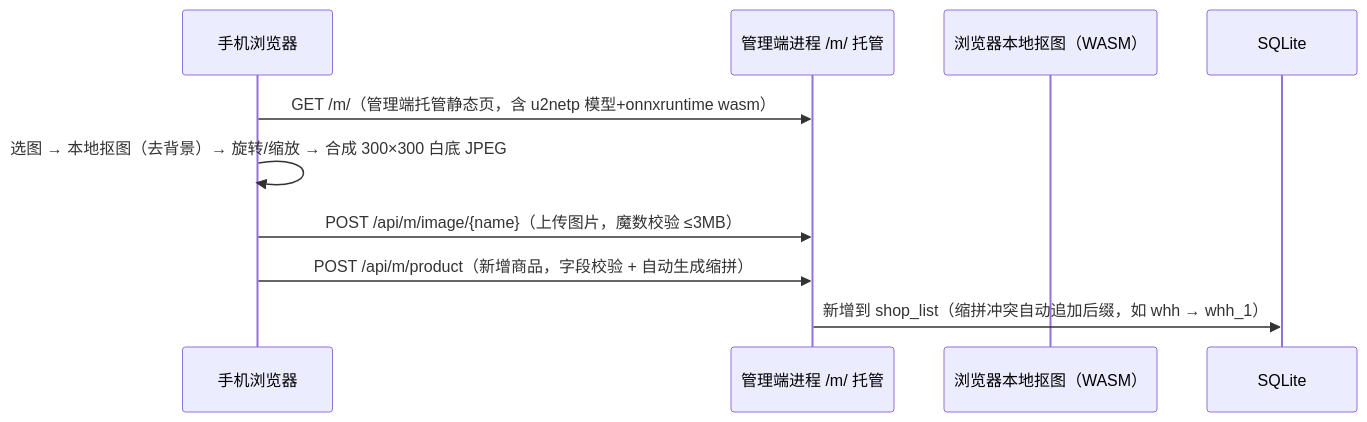
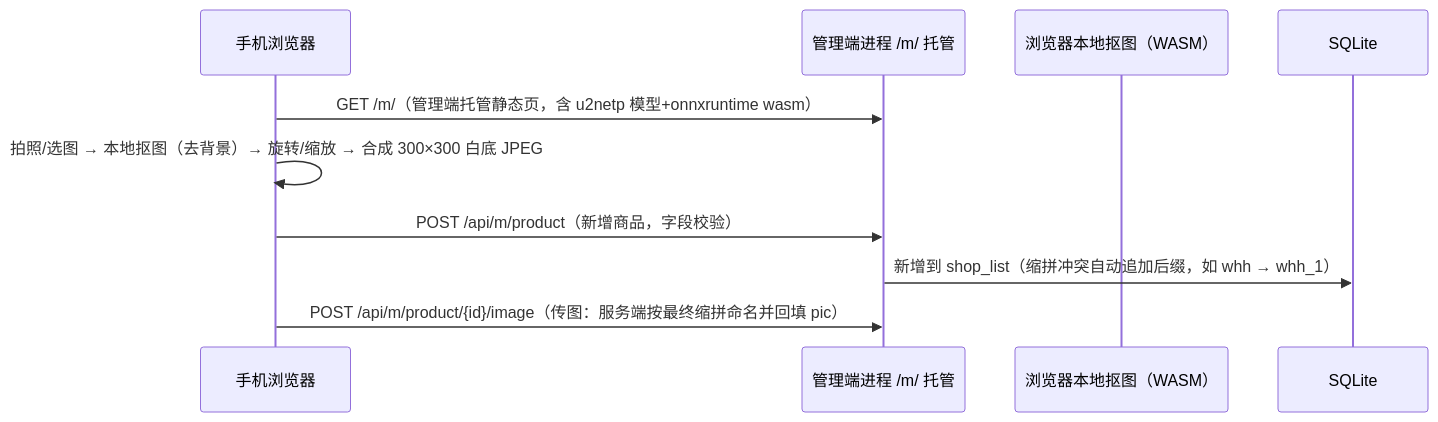
The seventh of 8 diagrams in README.md (ZYD045692/cybercafeShop), drawn with Mermaid before and after one commit. The commit also changed other lines of this file and 7 other files, not shown here.

First line of the commit message:
手机端：修复抠图链路 + 拍照入口 + 传图顺序改为先建商品后传图

````diff
--- a/README.md
+++ b/README.md
@@ -215,13 +215,13 @@
 ```mermaid
 sequenceDiagram
     participant P as 手机浏览器
     participant S as 管理端进程 /m/ 托管
     participant IMG as 浏览器本地抠图（WASM）
     participant DB as SQLite
 
     P->>S: GET /m/（管理端托管静态页，含 u2netp 模型+onnxruntime wasm）
-    P->>P: 选图 → 本地抠图（去背景）→ 旋转/缩放 → 合成 300×300 白底 JPEG
-    P->>S: POST /api/m/image/{name}（上传图片，魔数校验 ≤3MB）
-    P->>S: POST /api/m/product（新增商品，字段校验 + 自动生成缩拼）
+    P->>P: 拍照/选图 → 本地抠图（去背景）→ 旋转/缩放 → 合成 300×300 白底 JPEG
+    P->>S: POST /api/m/product（新增商品，字段校验）
     S->>DB: 新增到 shop_list（缩拼冲突自动追加后缀，如 whh → whh_1）
+    P->>S: POST /api/m/product/{id}/image（传图：服务端按最终缩拼命名并回填 pic）
 ```
````
